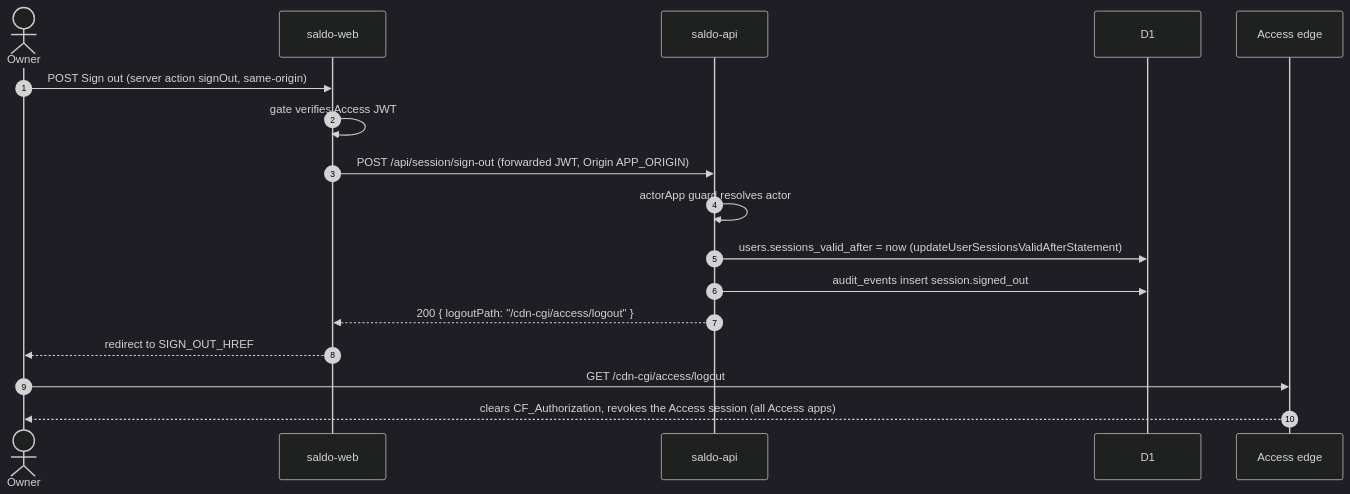
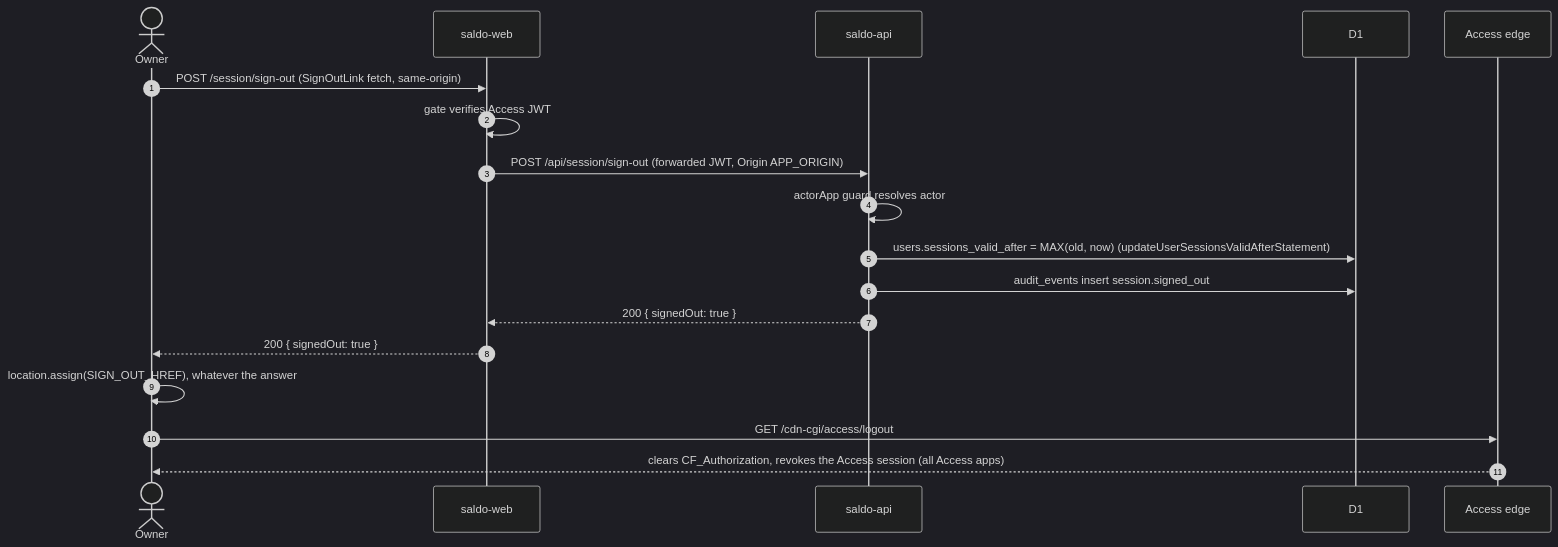
The second of 6 diagrams in docs/plans/chatgpt-connect-and-login.md (Reidond/saldo), drawn with Mermaid (dark theme) before and after one commit. The commit also changed other lines of this file and 39 other files, not shown here.

First line of the commit message:
Harden Access login: sign-out, verifier parity, session expiry (#10)

````diff
--- a/docs/plans/chatgpt-connect-and-login.md
+++ b/docs/plans/chatgpt-connect-and-login.md
@@ -316,19 +317,20 @@
 ```mermaid
 sequenceDiagram
   autonumber
   actor O as Owner
   participant W as saldo-web
   participant A as saldo-api
   participant D as D1
   participant E as Access edge
-  O->>W: POST Sign out (server action signOut, same-origin)
+  O->>W: POST /session/sign-out (SignOutLink fetch, same-origin)
   W->>W: gate verifies Access JWT
   W->>A: POST /api/session/sign-out (forwarded JWT, Origin APP_ORIGIN)
   A->>A: actorApp guard resolves actor
-  A->>D: users.sessions_valid_after = now (updateUserSessionsValidAfterStatement)
+  A->>D: users.sessions_valid_after = MAX(old, now) (updateUserSessionsValidAfterStatement)
   A->>D: audit_events insert session.signed_out
-  A-->>W: 200 { logoutPath: "/cdn-cgi/access/logout" }
-  W-->>O: redirect to SIGN_OUT_HREF
+  A-->>W: 200 { signedOut: true }
+  W-->>O: 200 { signedOut: true }
+  O->>O: location.assign(SIGN_OUT_HREF), whatever the answer
   O->>E: GET /cdn-cgi/access/logout
   E-->>O: clears CF_Authorization, revokes the Access session (all Access apps)
 ```
````
